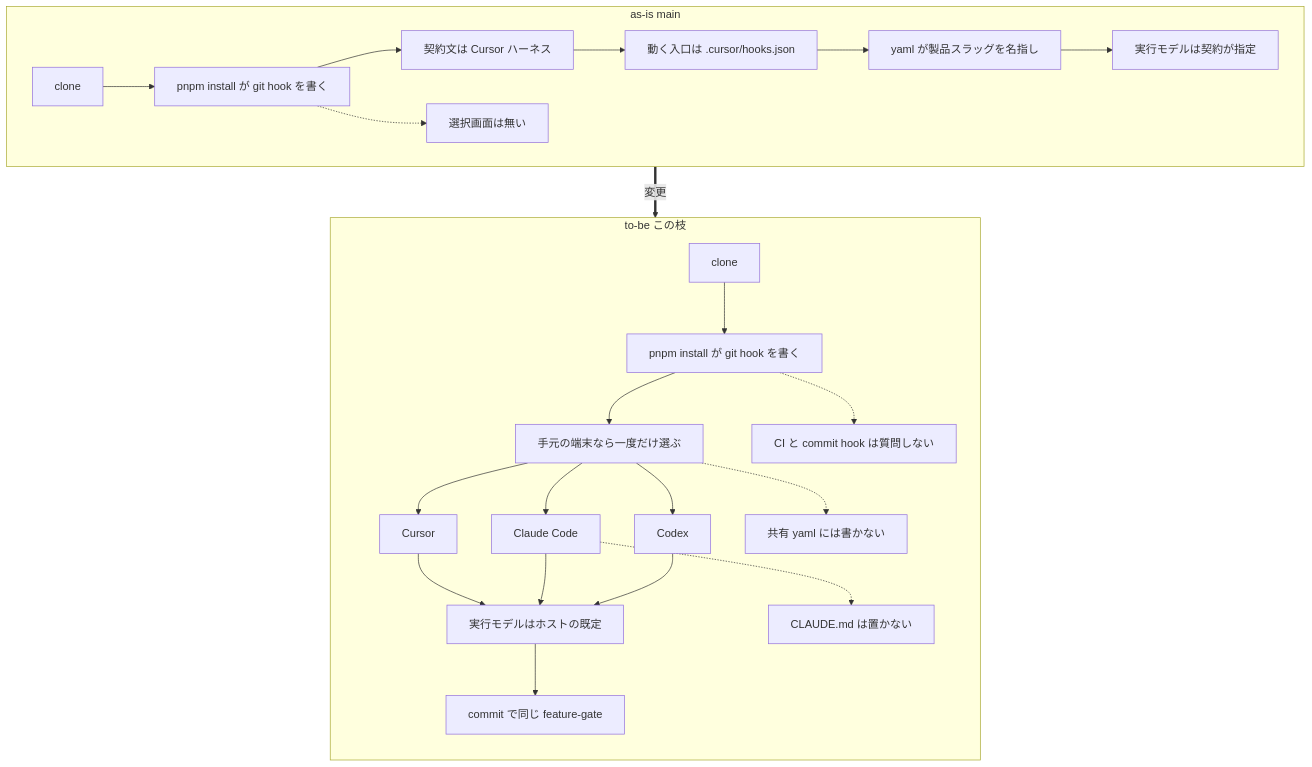
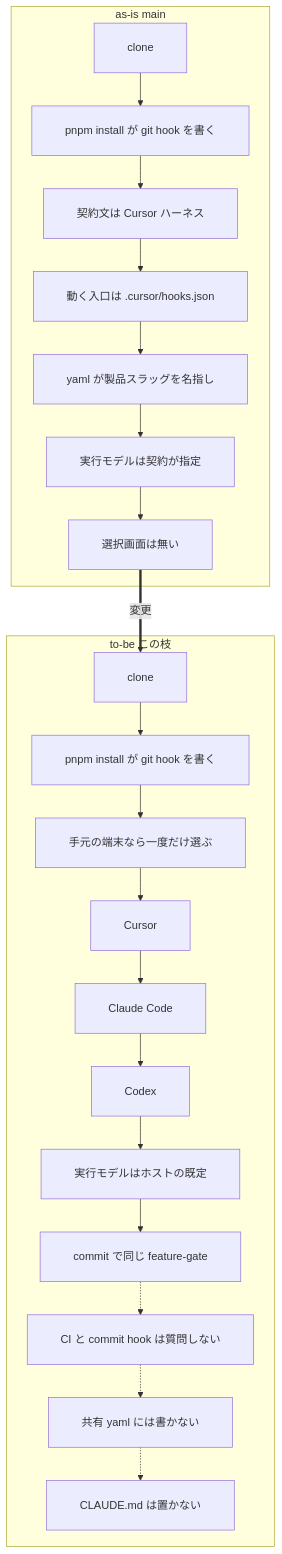
Before and after one commit to marumo333/SuiteLLM: the diagram in docs/architecture/host-entry-as-is-to-be.mmd, drawn with Mermaid. The commit also changed 1 other file, not shown here.

Commit message:
docs: 入口の図を1列にして見切れを直す
横並びが描画幅の外にはみ出していたので、ノードを縦に並べ余白を残す。

```diff
--- a/docs/architecture/host-entry-as-is-to-be.mmd
+++ b/docs/architecture/host-entry-as-is-to-be.mmd
@@ -1,29 +1,25 @@
-%%{init: {"flowchart": {"wrappingWidth": 420, "padding": 16}}}%%
+%%{init: {"flowchart": {"useMaxWidth": false, "htmlLabels": true, "wrappingWidth": 520, "padding": 24, "nodeSpacing": 40, "rankSpacing": 48, "diagramPadding": 24}}}%%
 flowchart TB
   subgraph asis["as-is main"]
-    direction LR
     A0["clone"] --> A1["pnpm install が git hook を書く"]
     A1 --> A2["契約文は Cursor ハーネス"]
     A2 --> A3["動く入口は .cursor/hooks.json"]
     A3 --> A4["yaml が製品スラッグを名指し"]
     A4 --> A5["実行モデルは契約が指定"]
-    A1 -.-> A6["選択画面は無い"]
+    A5 --> A6["選択画面は無い"]
   end
 
-  A5 ==>|変更| B0
+  A6 ==>|変更| B0
 
   subgraph tobe["to-be この枝"]
-    direction TB
     B0["clone"] --> B1["pnpm install が git hook を書く"]
     B1 --> B2["手元の端末なら一度だけ選ぶ"]
     B2 --> CU["Cursor"]
-    B2 --> CL["Claude Code"]
-    B2 --> CX["Codex"]
-    CU --> BM["実行モデルはホストの既定"]
-    CL --> BM
-    CX --> BM
+    CU --> CL["Claude Code"]
+    CL --> CX["Codex"]
+    CX --> BM["実行モデルはホストの既定"]
     BM --> BG["commit で同じ feature-gate"]
-    B1 -.-> NQ["CI と commit hook は質問しない"]
-    B2 -.-> NY["共有 yaml には書かない"]
-    CL -.-> MD["CLAUDE.md は置かない"]
+    BG -.-> NQ["CI と commit hook は質問しない"]
+    NQ -.-> NY["共有 yaml には書かない"]
+    NY -.-> MD["CLAUDE.md は置かない"]
   end
```
